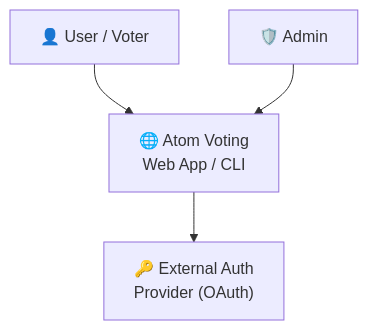
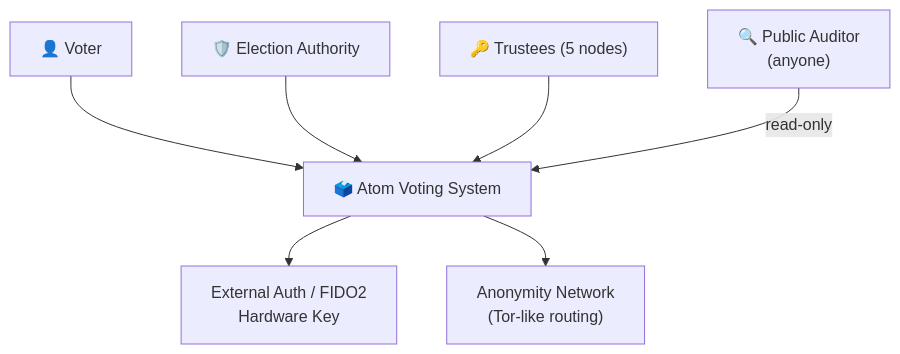
Before and after one commit to monickverma/atom-voting: the first of 5 diagrams in docs/architecture.md, drawn with Mermaid. The commit also changed other lines of this file and 7 other files, not shown here.

First line of the commit message:
feat: update repo to reflect real cryptographic e-voting system design

````diff
--- a/docs/architecture.md
+++ b/docs/architecture.md
@@ -11,11 +11,15 @@
 ```mermaid
 graph TB
-    User["👤 User / Voter"]
-    Admin["🛡️ Admin"]
-    WebApp["🌐 Atom Voting\nWeb App / CLI"]
-    AuthProvider["🔑 External Auth\nProvider (OAuth)"]
+    Voter["👤 Voter"]
+    Admin["🛡️ Election Authority"]
+    Trustee["🔑 Trustees (5 nodes)"]
+    Auditor["🔍 Public Auditor\n(anyone)"]
 
-    User --> WebApp
-    Admin --> WebApp
-    WebApp --> AuthProvider
+    Voter --> System["🗳️ Atom Voting System"]
+    Admin --> System
+    Trustee --> System
+    Auditor -->|"read-only"| System
+
+    System --> Auth["External Auth / FIDO2\nHardware Key"]
+    System --> AnonNet["Anonymity Network\n(Tor-like routing)"]
 ```
````
